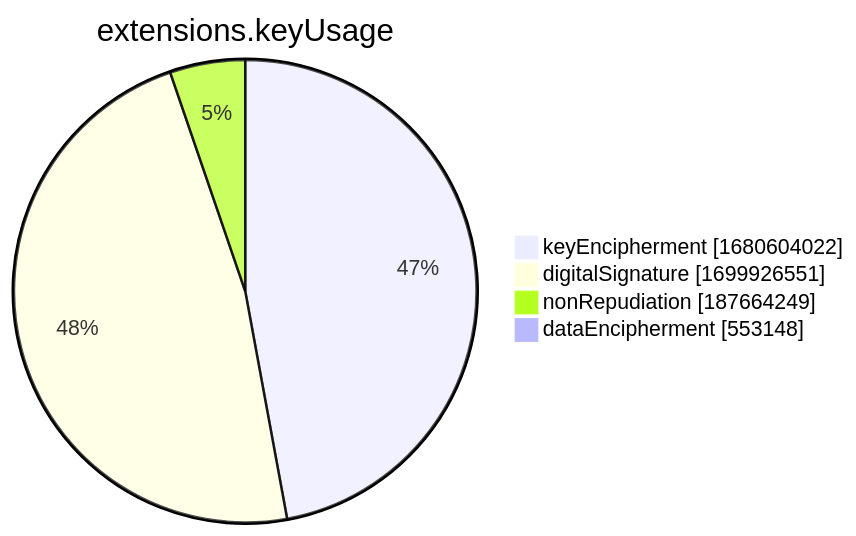
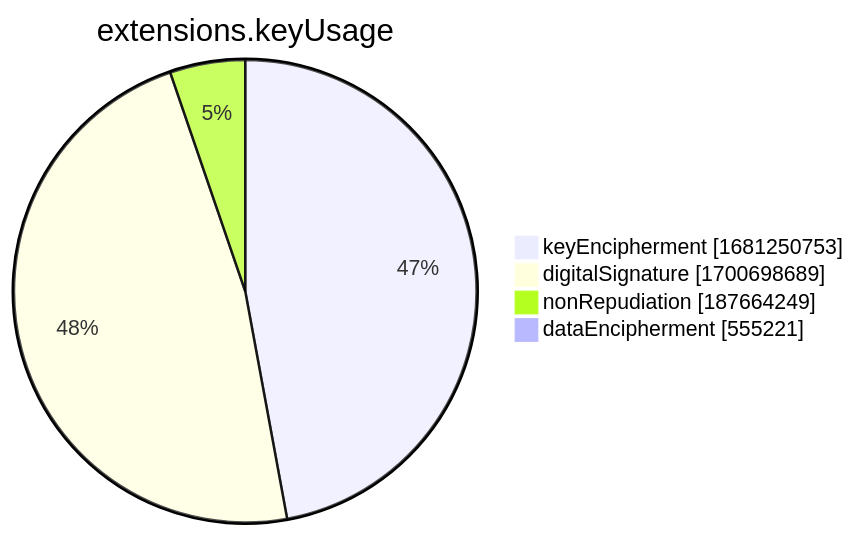
One commit to christiankrug/ctmonitor_visualization changed the seventh of 15 diagrams in xenon2022/README.md. Above: the diagram before and after it, drawn with Mermaid. The commit also changed other lines of this file, not shown here.

````diff
--- a/xenon2022/README.md
+++ b/xenon2022/README.md
@@ -2857,8 +2857,8 @@
 ```mermaid
 pie showData
 title extensions.keyUsage
-"keyEncipherment" :1680604022
-"digitalSignature" :1699926551
+"keyEncipherment" :1681250753
+"digitalSignature" :1700698689
 "nonRepudiation" :187664249
-"dataEncipherment" :553148
+"dataEncipherment" :555221
 ```
````
